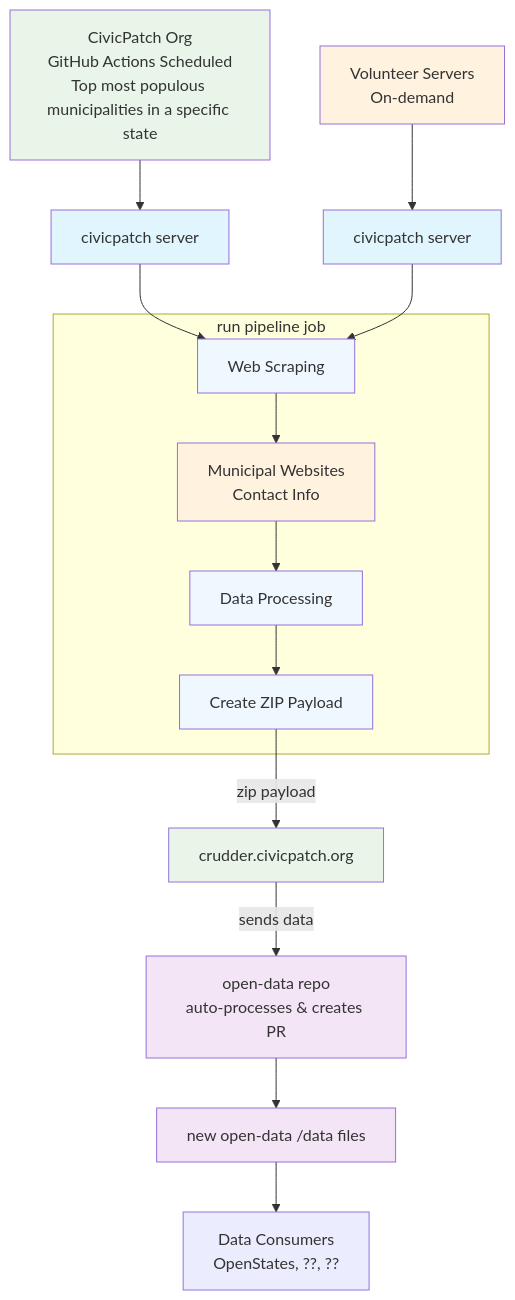
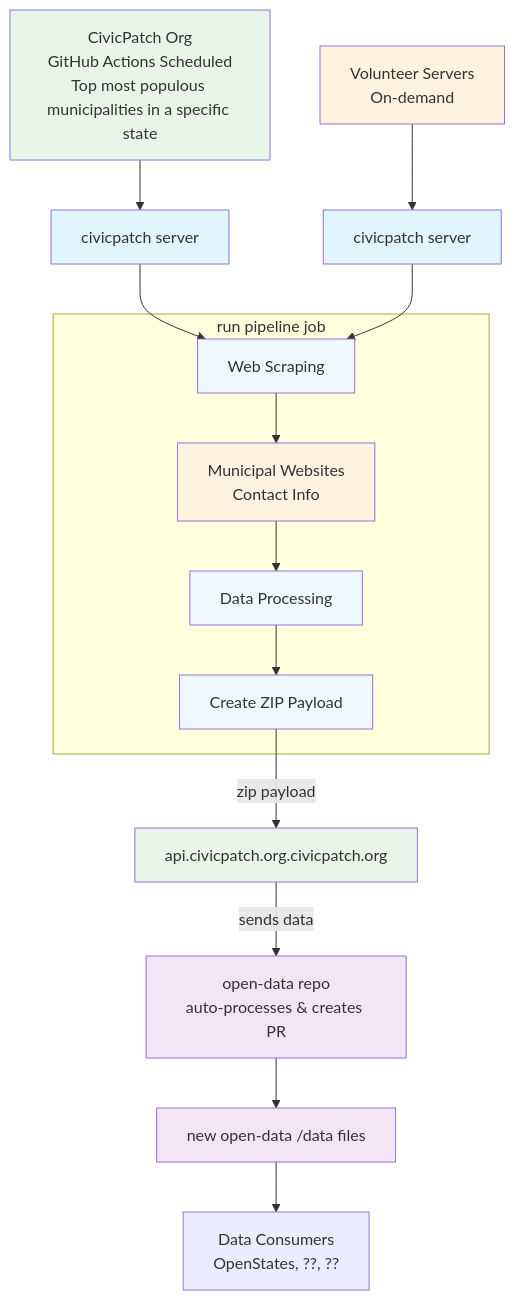
One commit to CivicPatch/civicpatch-tools changed the diagram in README.md. Above: the diagram before and after it, drawn with Mermaid. The commit also changed other lines of this file and 72 other files, not shown here.

Commit message:
[civicpatch,crudder] start using api.civicpatch.org instead of crudder.civicpatch.org

````diff
--- a/README.md
+++ b/README.md
@@ -18,47 +18,47 @@
 ```mermaid
 graph TD
     %% Trigger Sources
     A1[CivicPatch Org<br/>GitHub Actions Scheduled<br/>Top most populous municipalities in a specific state] 
     B1[Volunteer Servers<br/>On-demand]
     
     %% civicpatch servers with internal pipeline
     A1 --> CP1[civicpatch server]
     B1 --> CP2[civicpatch server]
     
     subgraph "run pipeline job"
         SCRAPE[Web Scraping] --> S[Municipal Websites<br/>Contact Info]
         S --> PROCESS[Data Processing]
         PROCESS --> ZIP[Create ZIP Payload]
     end
     
-    %% Data flow to crudder
+    %% Data flow to api.civicpatch.org
     CP1 --> SCRAPE
     CP2 --> SCRAPE
-    ZIP -->|zip payload| C[crudder.civicpatch.org]
+    ZIP -->|zip payload| C[api.civicpatch.org.civicpatch.org]
     
-    %% Simplified: crudder sends to open-data, which auto-processes
+    %% Simplified: api.civicpatch.org sends to open-data, which auto-processes
     C -->|sends data| OD[open-data repo<br/>auto-processes & creates PR]
     
     %% Final data available
     OD --> DATA["new open-data /data files"]
     
     %% Data consumers
     DATA --> DC[Data Consumers<br/>OpenStates, ??, ??]
     
     %% Styling
     classDef orgType fill:#e8f5e8
     classDef volunteerType fill:#fff3e0
     classDef serverType fill:#e1f5fe
     classDef dataStore fill:#f3e5f5
     classDef service fill:#e8f5e8
     classDef source fill:#fff3e0
     classDef pipeline fill:#f0f8ff
     
     class A1 orgType
     class B1 volunteerType
     class CP1,CP2 serverType
     class OD,DATA dataStore
     class C service
     class S source
     class SCRAPE,PROCESS,ZIP pipeline
 ```
````
